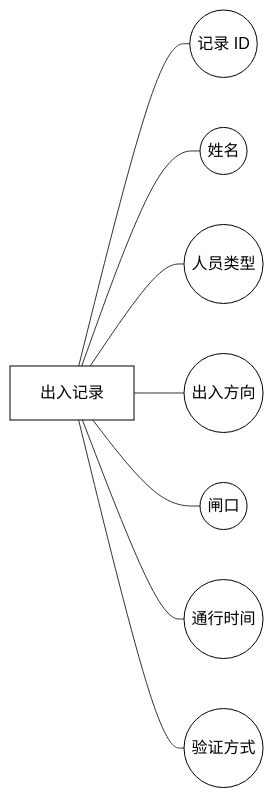
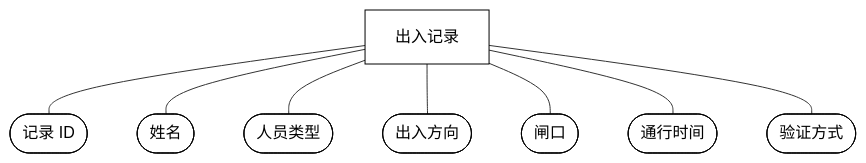
One commit to carl-Tu/campus-management changed diagram 28 of 31 in docs/功能需求分析与用例图.md. Above: the diagram before and after it, drawn with Mermaid. The commit also changed other lines of this file, not shown here.

Commit message:
docs：E-R图字段改为椭圆形，结构改为实体在上、字段在下的上下结构

````diff
--- a/docs/功能需求分析与用例图.md
+++ b/docs/功能需求分析与用例图.md
@@ -1095,22 +1095,22 @@
 ```mermaid
-flowchart LR
+flowchart TD
   E["出入记录"]
-  A1((记录 ID))
-  A2((姓名))
-  A3((人员类型))
-  A4((出入方向))
-  A5((闸口))
-  A6((通行时间))
-  A7((验证方式))
+  A1([记录 ID])
+  A2([姓名])
+  A3([人员类型])
+  A4([出入方向])
+  A5([闸口])
+  A6([通行时间])
+  A7([验证方式])
 
   E --- A1
   E --- A2
   E --- A3
   E --- A4
   E --- A5
   E --- A6
   E --- A7
 
   classDef box fill:#ffffff,stroke:#000000,stroke-width:1px,color:#000000
   class E,A1,A2,A3,A4,A5,A6,A7 box
 ```
````
